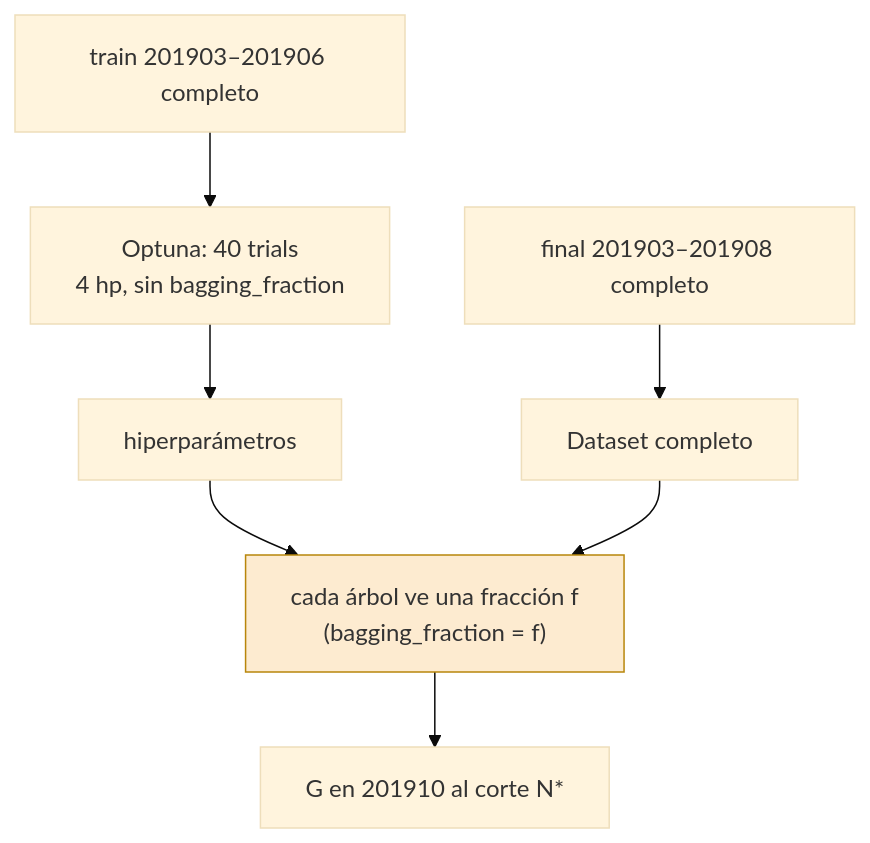
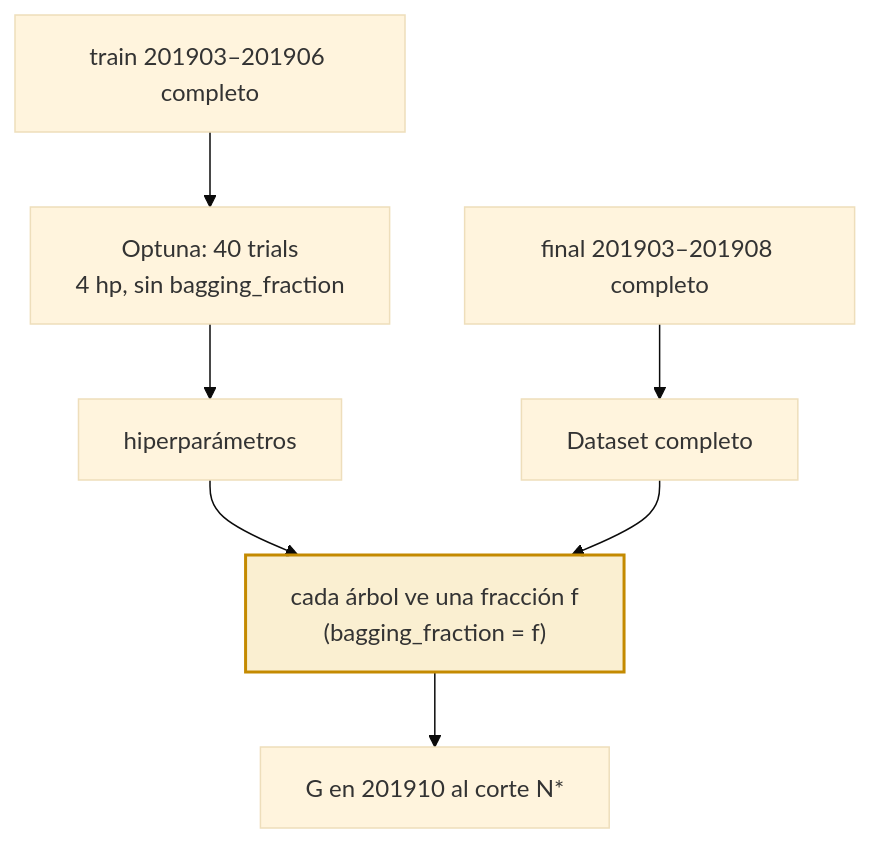
One commit to agustinarazanov/dmeyf-experimento-sampling changed the diagram in experimentos/h2/README.md. Above: the diagram before and after it, drawn with Mermaid (base theme). The commit also changed 12 other files, not shown here.

````diff
--- a/experimentos/h2/README.md
+++ b/experimentos/h2/README.md
@@ -17,10 +17,10 @@
 ```mermaid
 flowchart TB
   D[train 201903–201906 completo] --> O["Optuna: 40 trials<br/>4 hp, sin bagging_fraction"]
   O --> HP[hiperparámetros]
   F[final 201903–201908 completo] --> DS[Dataset completo]
   HP --> E["cada árbol ve una fracción f<br/>(bagging_fraction = f)"]
   DS --> E
   E --> T["G en 201910 al corte N*"]
-  style E fill:#fdebd0,stroke:#b8860b
+  style E fill:#e0a8002e,stroke:#c48a00,stroke-width:2px
 ```
````
